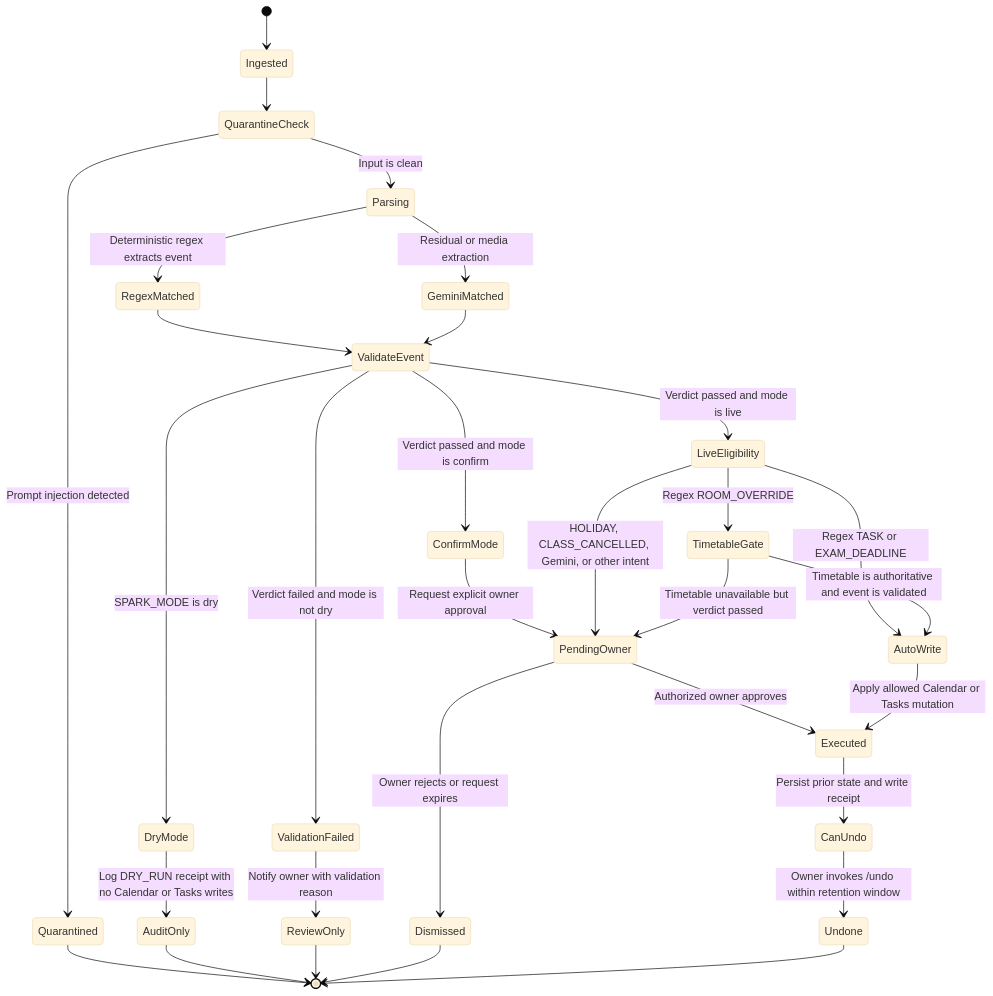
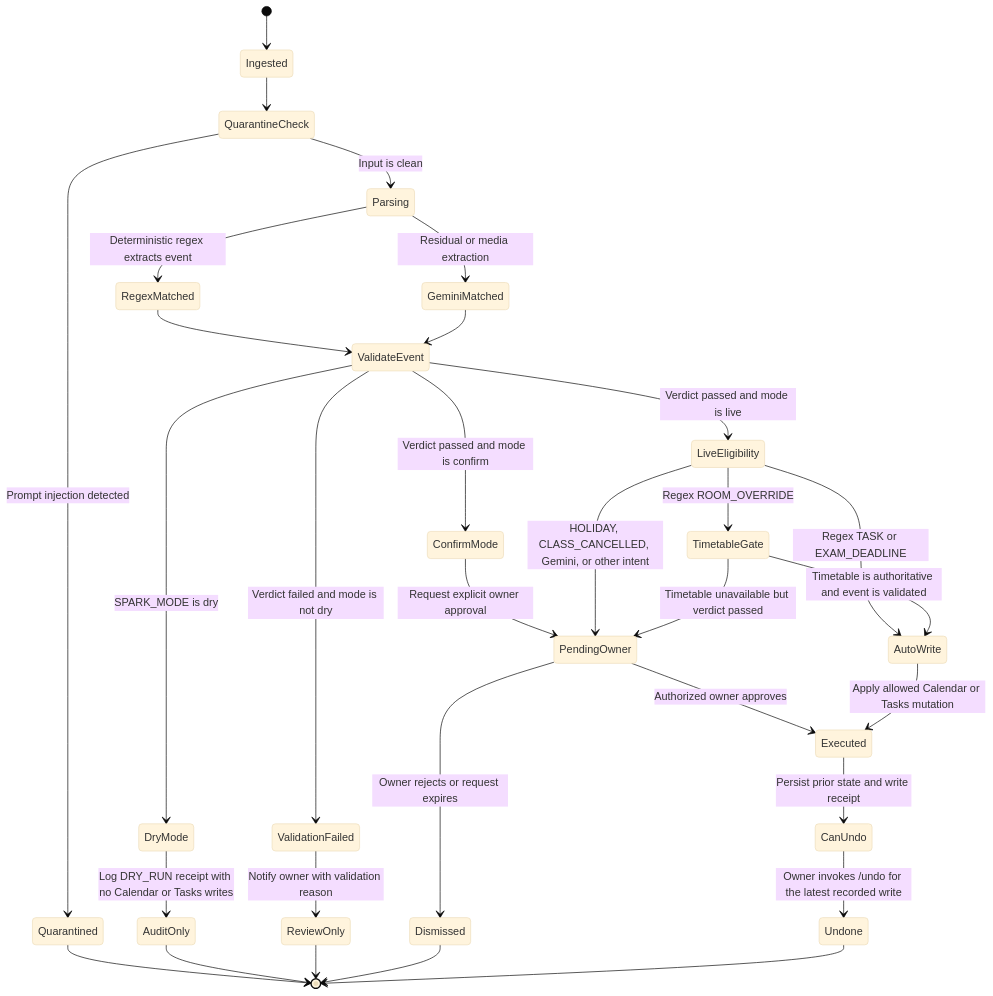
Before and after one commit to tejaswin-amara/chatlens: the third of 3 diagrams in README.md, drawn with Mermaid (base theme). The commit also changed other lines of this file, not shown here.

````diff
--- a/README.md
+++ b/README.md
@@ -118,41 +137,41 @@
 ```mermaid
 stateDiagram-v2
     [*] --> Ingested
     Ingested --> QuarantineCheck
 
     QuarantineCheck --> Quarantined: Prompt injection detected
     QuarantineCheck --> Parsing: Input is clean
 
     Parsing --> RegexMatched: Deterministic regex extracts event
     Parsing --> GeminiMatched: Residual or media extraction
     RegexMatched --> ValidateEvent
     GeminiMatched --> ValidateEvent
 
     ValidateEvent --> DryMode: SPARK_MODE is dry
     ValidateEvent --> ValidationFailed: Verdict failed and mode is not dry
     ValidateEvent --> ConfirmMode: Verdict passed and mode is confirm
     ValidateEvent --> LiveEligibility: Verdict passed and mode is live
 
     DryMode --> AuditOnly: Log DRY_RUN receipt with no Calendar or Tasks writes
     ValidationFailed --> ReviewOnly: Notify owner with validation reason
     ConfirmMode --> PendingOwner: Request explicit owner approval
 
     LiveEligibility --> PendingOwner: HOLIDAY, CLASS_CANCELLED, Gemini, or other intent
     LiveEligibility --> TimetableGate: Regex ROOM_OVERRIDE
     LiveEligibility --> AutoWrite: Regex TASK or EXAM_DEADLINE
 
     TimetableGate --> AutoWrite: Timetable is authoritative and event is validated
     TimetableGate --> PendingOwner: Timetable unavailable but verdict passed
 
     PendingOwner --> Executed: Authorized owner approves
     PendingOwner --> Dismissed: Owner rejects or request expires
     AutoWrite --> Executed: Apply allowed Calendar or Tasks mutation
     Executed --> CanUndo: Persist prior state and write receipt
-    CanUndo --> Undone: Owner invokes /undo within retention window
+    CanUndo --> Undone: Owner invokes /undo for the latest recorded write
 
     Quarantined --> [*]
     AuditOnly --> [*]
     ReviewOnly --> [*]
     Dismissed --> [*]
     Undone --> [*]
 ```
````
